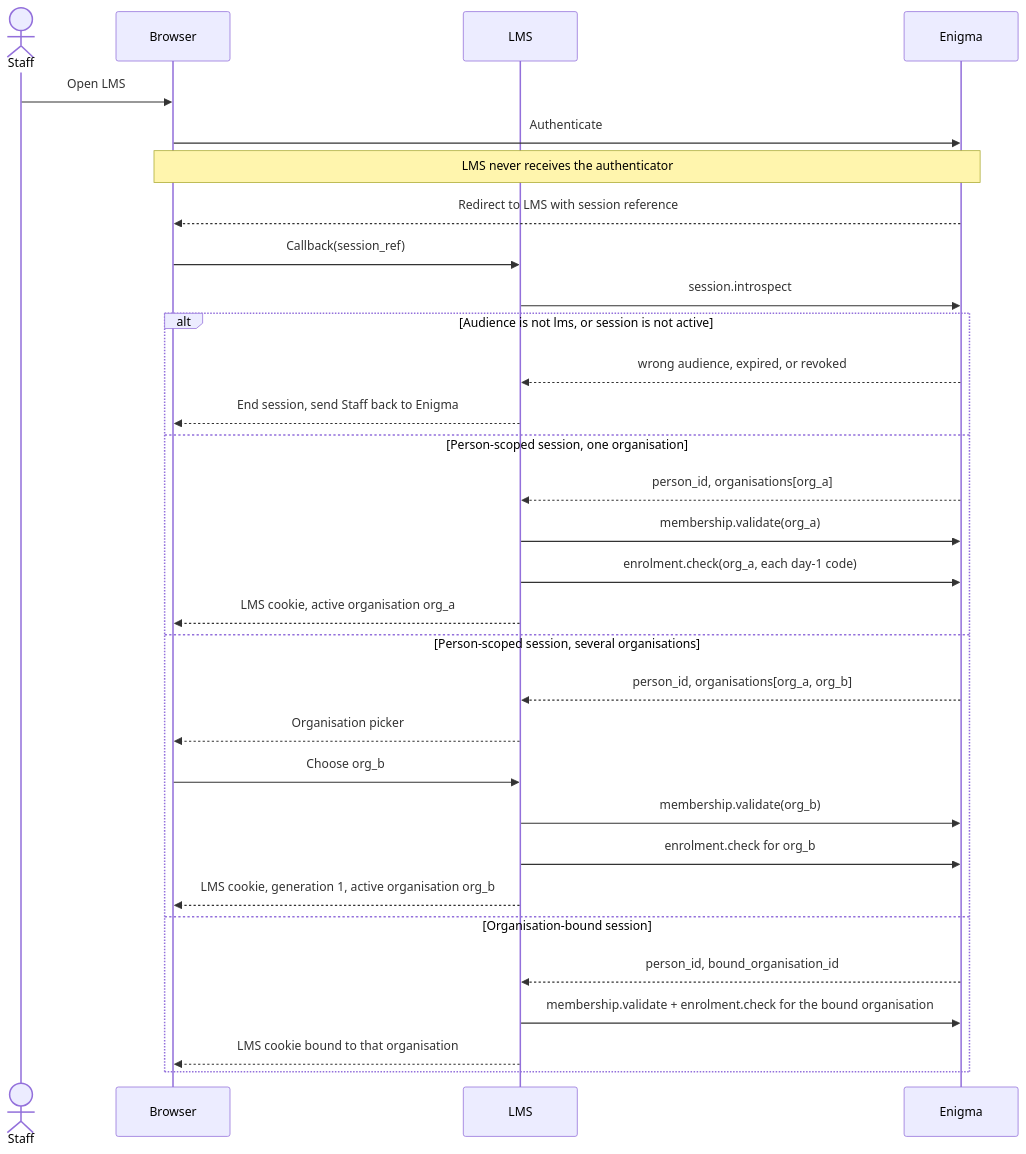
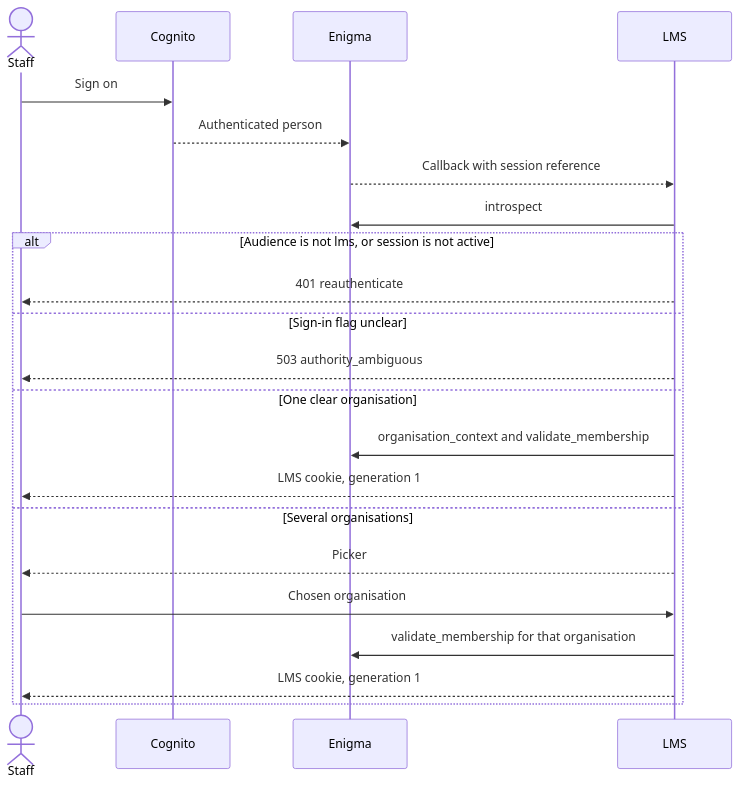
The first of 3 diagrams in docs/enigma/lms-enigma-interface.md (eugene-ehlers/LMS), drawn with Mermaid before and after one commit. The commit also changed other lines of this file and 15 other files, not shown here.

First line of the commit message:
Lock the Enigma port decisions and sketch the LMS session edge.

````diff
--- a/docs/enigma/lms-enigma-interface.md
+++ b/docs/enigma/lms-enigma-interface.md
@@ -321,33 +240,24 @@
 ```mermaid
 sequenceDiagram
   actor Staff
-  participant Browser
+  participant Cognito
+  participant Enigma
   participant LMS
-  participant Enigma
-  Staff->>Browser: Open LMS
-  Browser->>Enigma: Authenticate
-  Note over Browser,Enigma: LMS never receives the authenticator
-  Enigma-->>Browser: Redirect to LMS with session reference
-  Browser->>LMS: Callback(session_ref)
-  LMS->>Enigma: session.introspect
+  Staff->>Cognito: Sign on
+  Cognito-->>Enigma: Authenticated person
+  Enigma-->>LMS: Callback with session reference
+  LMS->>Enigma: introspect
   alt Audience is not lms, or session is not active
-    Enigma-->>LMS: wrong audience, expired, or revoked
-    LMS-->>Browser: End session, send Staff back to Enigma
-  else Person-scoped session, one organisation
-    Enigma-->>LMS: person_id, organisations[org_a]
-    LMS->>Enigma: membership.validate(org_a)
-    LMS->>Enigma: enrolment.check(org_a, each day-1 code)
-    LMS-->>Browser: LMS cookie, active organisation org_a
-  else Person-scoped session, several organisations
-    Enigma-->>LMS: person_id, organisations[org_a, org_b]
-    LMS-->>Browser: Organisation picker
-    Browser->>LMS: Choose org_b
-    LMS->>Enigma: membership.validate(org_b)
-    LMS->>Enigma: enrolment.check for org_b
-    LMS-->>Browser: LMS cookie, generation 1, active organisation org_b
-  else Organisation-bound session
-    Enigma-->>LMS: person_id, bound_organisation_id
-    LMS->>Enigma: membership.validate + enrolment.check for the bound organisation
-    LMS-->>Browser: LMS cookie bound to that organisation
+    LMS-->>Staff: 401 reauthenticate
+  else Sign-in flag unclear
+    LMS-->>Staff: 503 authority_ambiguous
+  else One clear organisation
+    LMS->>Enigma: organisation_context and validate_membership
+    LMS-->>Staff: LMS cookie, generation 1
+  else Several organisations
+    LMS-->>Staff: Picker
+    Staff->>LMS: Chosen organisation
+    LMS->>Enigma: validate_membership for that organisation
+    LMS-->>Staff: LMS cookie, generation 1
   end
 ```
````
